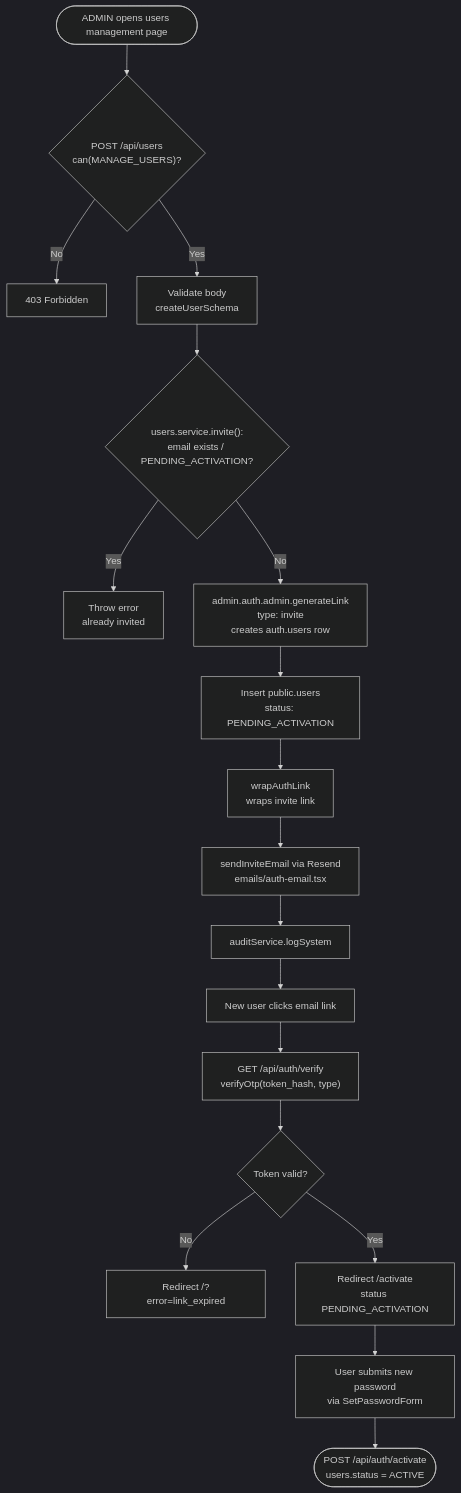
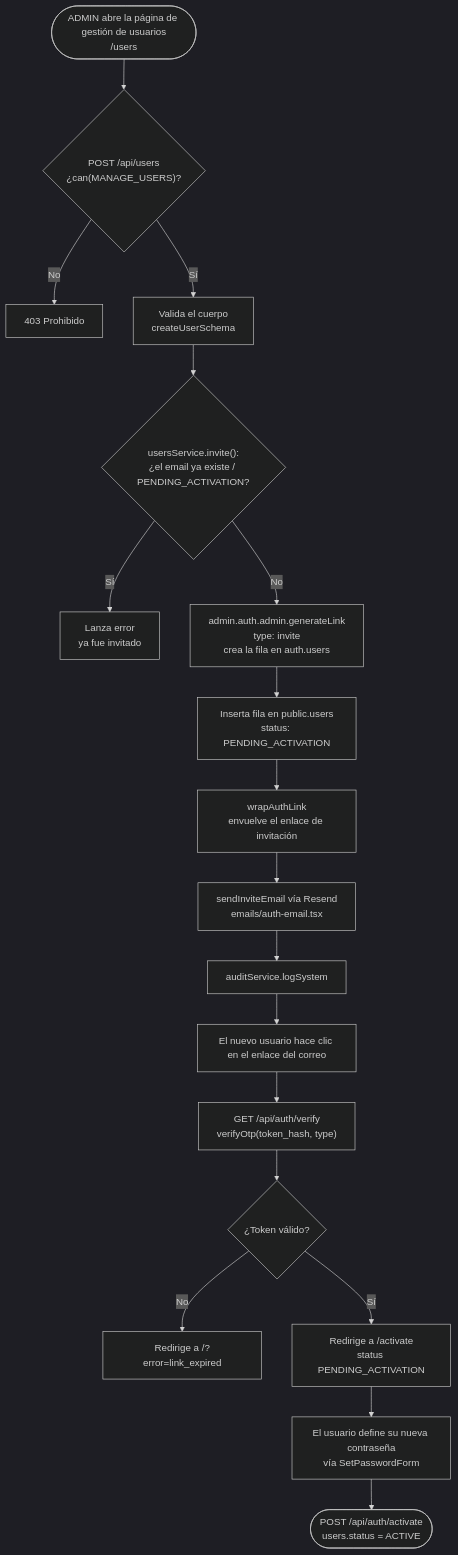
One commit to Torfel0312/sistema_contable_pibt changed the diagram in docs/diagrams/02-account-creation.md. Above: the diagram before and after it, drawn with Mermaid (dark theme). The commit also changed other lines of this file and 11 other files, not shown here.

Commit message:
docs: refresh roles/permissions/auth docs and translate diagrams to Spanish (#83)

````diff
--- a/docs/diagrams/02-account-creation.md
+++ b/docs/diagrams/02-account-creation.md
@@ -3,20 +5,20 @@
 ```mermaid
 flowchart TD
-    A([ADMIN opens users management page]) --> B{"POST /api/users<br/>can(MANAGE_USERS)?"}
-    B -->|No| C[403 Forbidden]
-    B -->|Yes| D[Validate body<br/>createUserSchema]
-    D --> E{"users.service.invite():<br/>email exists / PENDING_ACTIVATION?"}
-    E -->|Yes| F[Throw error<br/>already invited]
-    E -->|No| G["admin.auth.admin.generateLink<br/>type: invite<br/>creates auth.users row"]
-    G --> H[Insert public.users<br/>status: PENDING_ACTIVATION]
-    H --> I[wrapAuthLink<br/>wraps invite link]
-    I --> J[sendInviteEmail via Resend<br/>emails/auth-email.tsx]
+    A(["ADMIN abre la página de gestión de usuarios<br/>/users"]) --> B{"POST /api/users<br/>¿can(MANAGE_USERS)?"}
+    B -->|No| C[403 Prohibido]
+    B -->|Sí| D[Valida el cuerpo<br/>createUserSchema]
+    D --> E{"usersService.invite():<br/>¿el email ya existe / PENDING_ACTIVATION?"}
+    E -->|Sí| F[Lanza error<br/>ya fue invitado]
+    E -->|No| G["admin.auth.admin.generateLink<br/>type: invite<br/>crea la fila en auth.users"]
+    G --> H[Inserta fila en public.users<br/>status: PENDING_ACTIVATION]
+    H --> I[wrapAuthLink<br/>envuelve el enlace de invitación]
+    I --> J[sendInviteEmail vía Resend<br/>emails/auth-email.tsx]
     J --> K[auditService.logSystem]
-    K --> L[New user clicks email link]
+    K --> L[El nuevo usuario hace clic en el enlace del correo]
     L --> M["GET /api/auth/verify<br/>verifyOtp(token_hash, type)"]
-    M --> N{Token valid?}
-    N -->|No| O[Redirect /?error=link_expired]
-    N -->|Yes| P[Redirect /activate<br/>status PENDING_ACTIVATION]
-    P --> Q[User submits new password<br/>via SetPasswordForm]
-    Q --> R([POST /api/auth/activate<br/>users.status = ACTIVE])
+    M --> N{"¿Token válido?"}
+    N -->|No| O[Redirige a /?error=link_expired]
+    N -->|Sí| P[Redirige a /activate<br/>status PENDING_ACTIVATION]
+    P --> Q[El usuario define su nueva contraseña<br/>vía SetPasswordForm]
+    Q --> R(["POST /api/auth/activate<br/>users.status = ACTIVE"])
 ```
````
